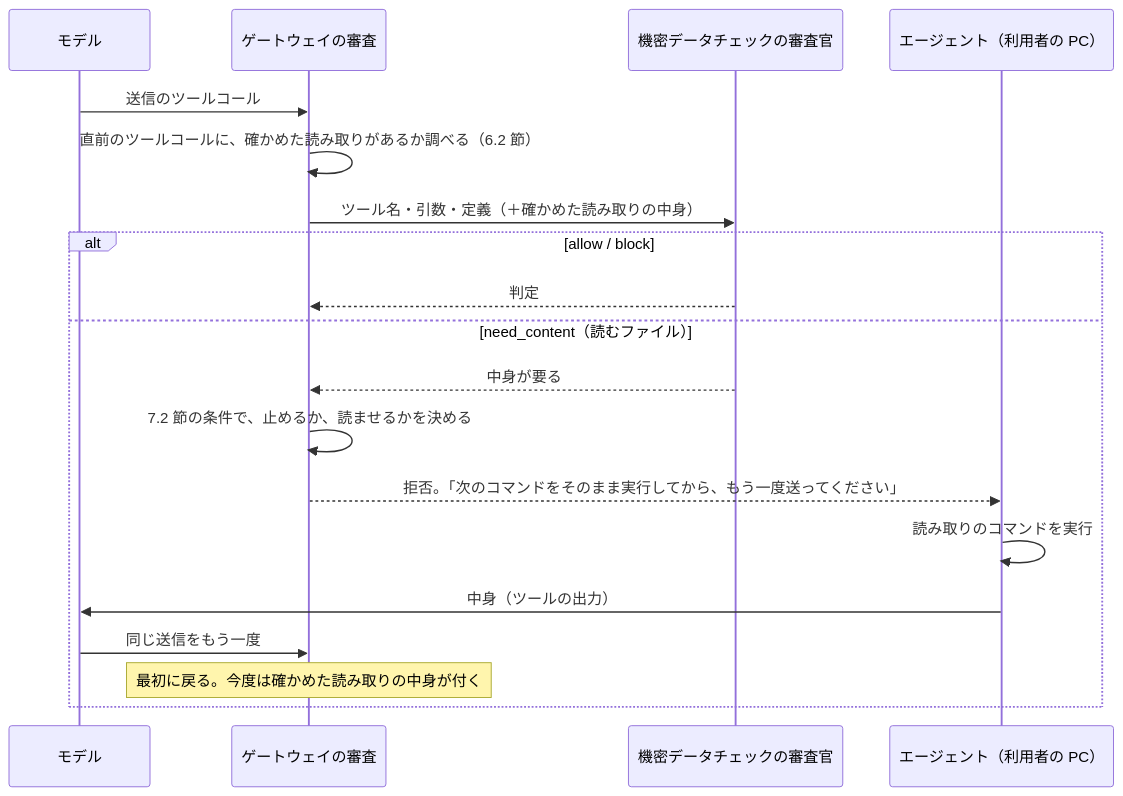
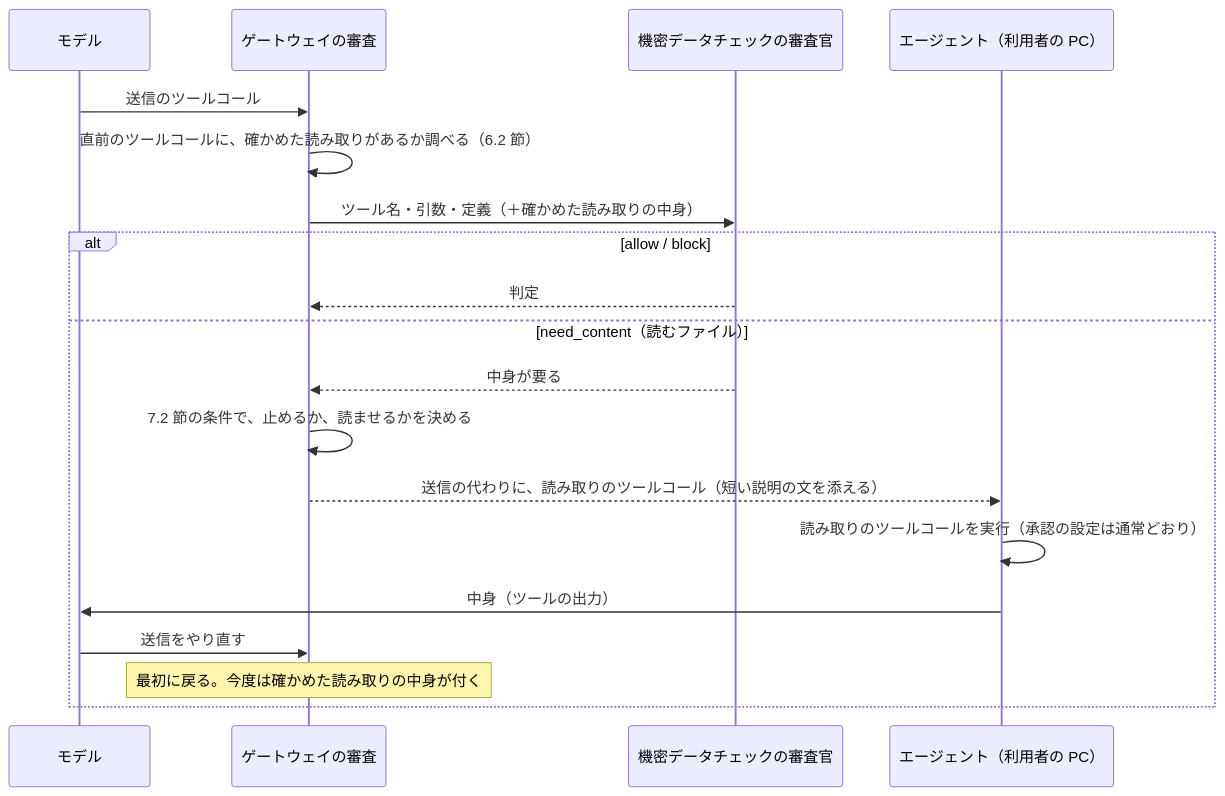
The diagram in .history/2026-10-13-送信するファイルの中身の審査/変更仕様書.md (notfolder/litellm-agent-gateway-lab), drawn with Mermaid before and after one commit. The commit also changed other lines of this file and 12 other files, not shown here.

````diff
--- a/.history/2026-10-13-送信するファイルの中身の審査/変更仕様書.md
+++ b/.history/2026-10-13-送信するファイルの中身の審査/変更仕様書.md
@@ -52,21 +57,21 @@
 ```mermaid
 sequenceDiagram
     participant M as モデル
     participant G as ゲートウェイの審査
     participant J as 機密データチェックの審査官
     participant A as エージェント（利用者の PC）
     M->>G: 送信のツールコール
     G->>G: 直前のツールコールに、確かめた読み取りがあるか調べる（6.2 節）
     G->>J: ツール名・引数・定義（＋確かめた読み取りの中身）
     alt allow / block
         J-->>G: 判定
     else need_content（読むファイル）
         J-->>G: 中身が要る
         G->>G: 7.2 節の条件で、止めるか、読ませるかを決める
-        G-->>A: 拒否。「次のコマンドをそのまま実行してから、もう一度送ってください」
-        A->>A: 読み取りのコマンドを実行
+        G-->>A: 送信の代わりに、読み取りのツールコール（短い説明の文を添える）
+        A->>A: 読み取りのツールコールを実行（承認の設定は通常どおり）
         A->>M: 中身（ツールの出力）
-        M->>G: 同じ送信をもう一度
+        M->>G: 送信をやり直す
         Note over G: 最初に戻る。今度は確かめた読み取りの中身が付く
     end
 ```
````
